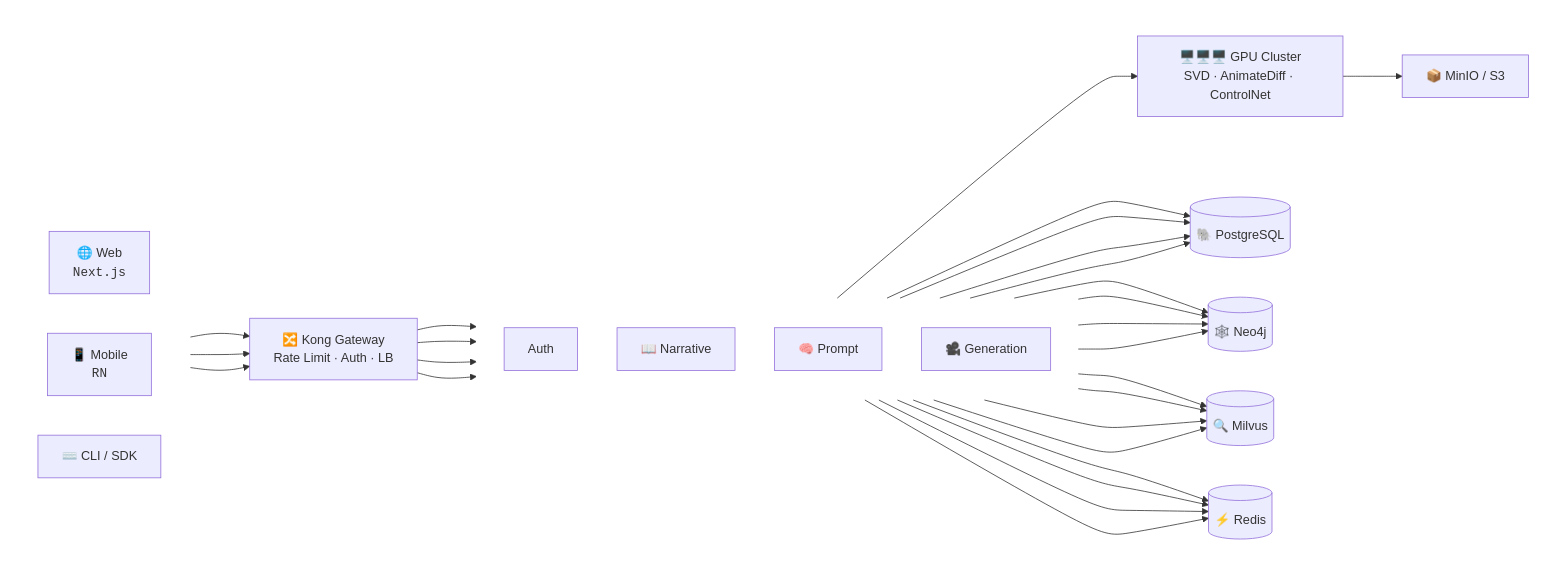
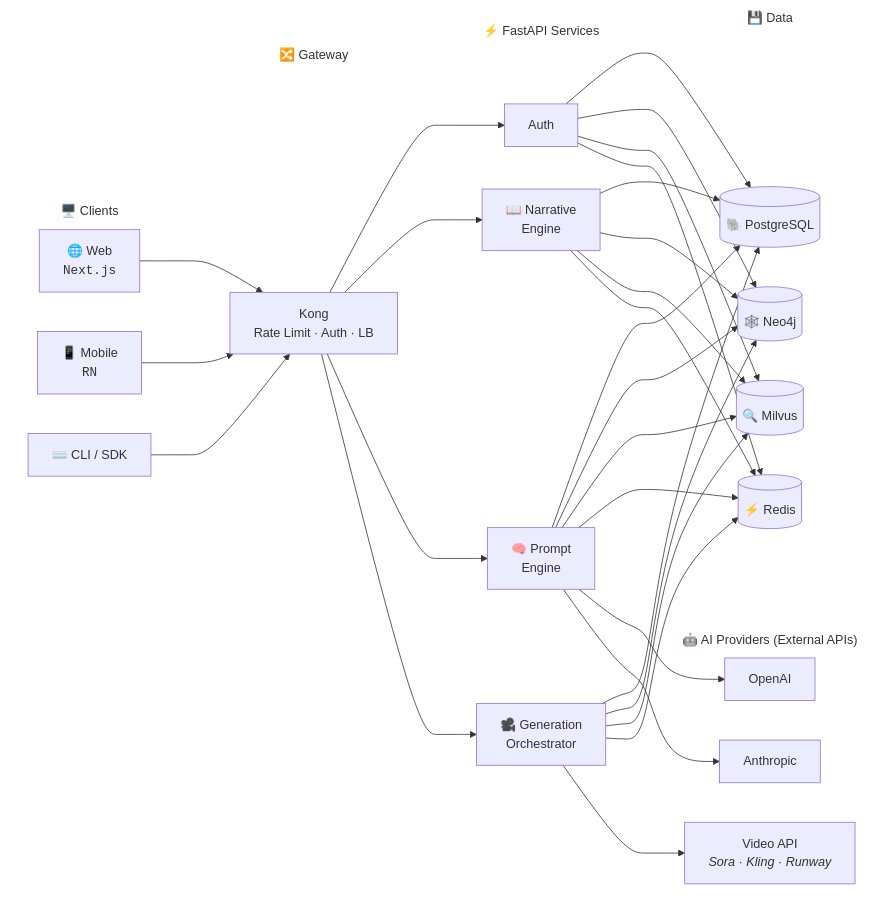
The first of 3 diagrams in README.md (iiooiioo888/AI_test), drawn with Mermaid before and after one commit. The commit also changed other lines of this file, not shown here.

Commit message:
docs: fix architecture — use external LLM API providers instead of self-hosted GPU inference

````diff
--- a/README.md
+++ b/README.md
@@ -93,45 +91,44 @@
 ```mermaid
 graph LR
-    subgraph clients[" "]
-        direction LR
+    subgraph clients["🖥️ Clients"]
         WEB["🌐 Web<br/><code>Next.js</code>"]
         MOB["📱 Mobile<br/><code>RN</code>"]
         CLI["⌨️ CLI / SDK"]
     end
 
-    subgraph api[" "]
-        GW["🔀 Kong Gateway<br/>Rate Limit · Auth · LB"]
+    subgraph gateway["🔀 Gateway"]
+        GW["Kong<br/>Rate Limit · Auth · LB"]
     end
 
-    subgraph services[" "]
-        direction TB
+    subgraph app["⚡ FastAPI Services"]
         S1["Auth"]
-        S2["📖 Narrative"]
-        S3["🧠 Prompt"]
-        S4["🎥 Generation"]
+        S2["📖 Narrative<br/>Engine"]
+        S3["🧠 Prompt<br/>Engine"]
+        S4["🎥 Generation<br/>Orchestrator"]
     end
 
-    subgraph data[" "]
+    subgraph store["💾 Data"]
         PG[("🐘 PostgreSQL")]
         N4J[("🕸️ Neo4j")]
         MIL[("🔍 Milvus")]
         RDS[("⚡ Redis")]
     end
 
-    subgraph compute[" "]
-        GPU["🖥️🖥️🖥️ GPU Cluster<br/>SVD · AnimateDiff · ControlNet"]
-        S3B["📦 MinIO / S3"]
+    subgraph llm["🤖 AI Providers (External APIs)"]
+        LLM1["OpenAI"]
+        LLM2["Anthropic"]
+        LLM3["Video API<br/><i>Sora · Kling · Runway</i>"]
     end
 
     WEB & MOB & CLI --> GW
     GW --> S1 & S2 & S3 & S4
     S1 & S2 & S3 & S4 --> PG & N4J & MIL & RDS
-    S4 --> GPU
-    GPU --> S3B
+    S3 --> LLM1 & LLM2
+    S4 --> LLM3
 
     style clients fill:none,stroke:none
-    style api fill:none,stroke:none
-    style services fill:none,stroke:none
-    style data fill:none,stroke:none
-    style compute fill:none,stroke:none
+    style gateway fill:none,stroke:none
+    style app fill:none,stroke:none
+    style store fill:none,stroke:none
+    style llm fill:none,stroke:none
 ```
````
